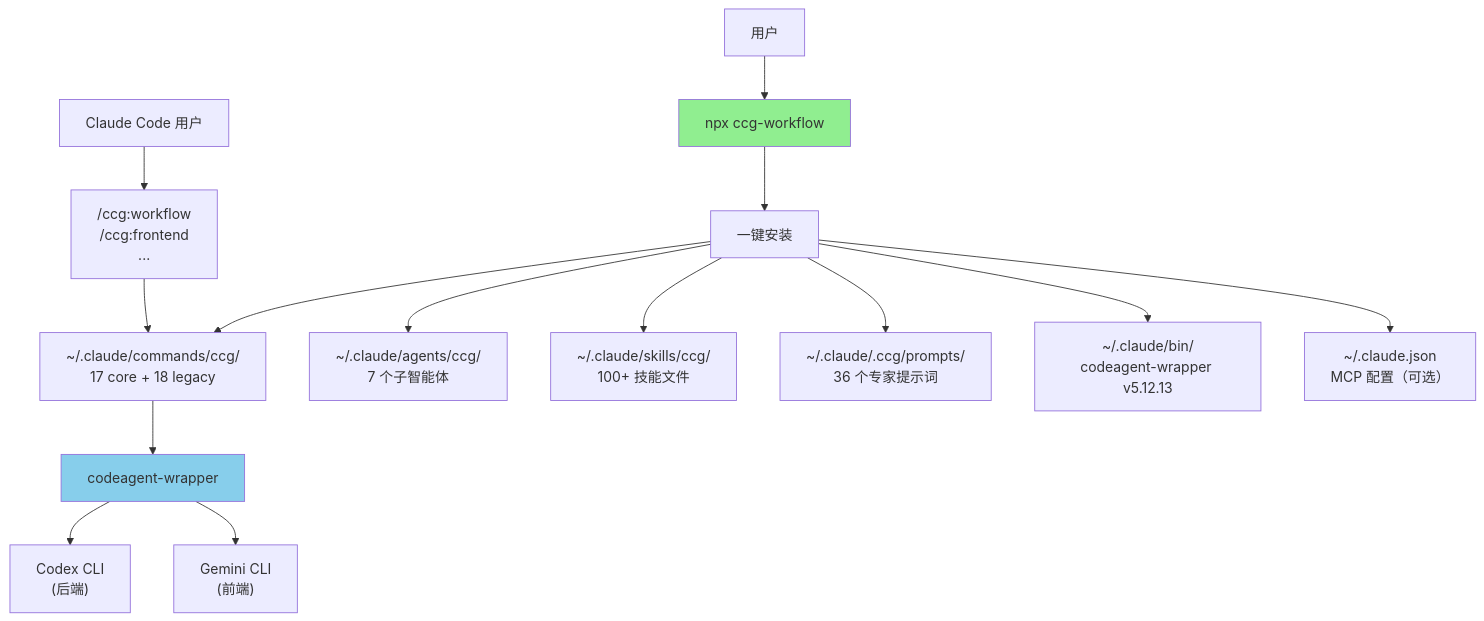
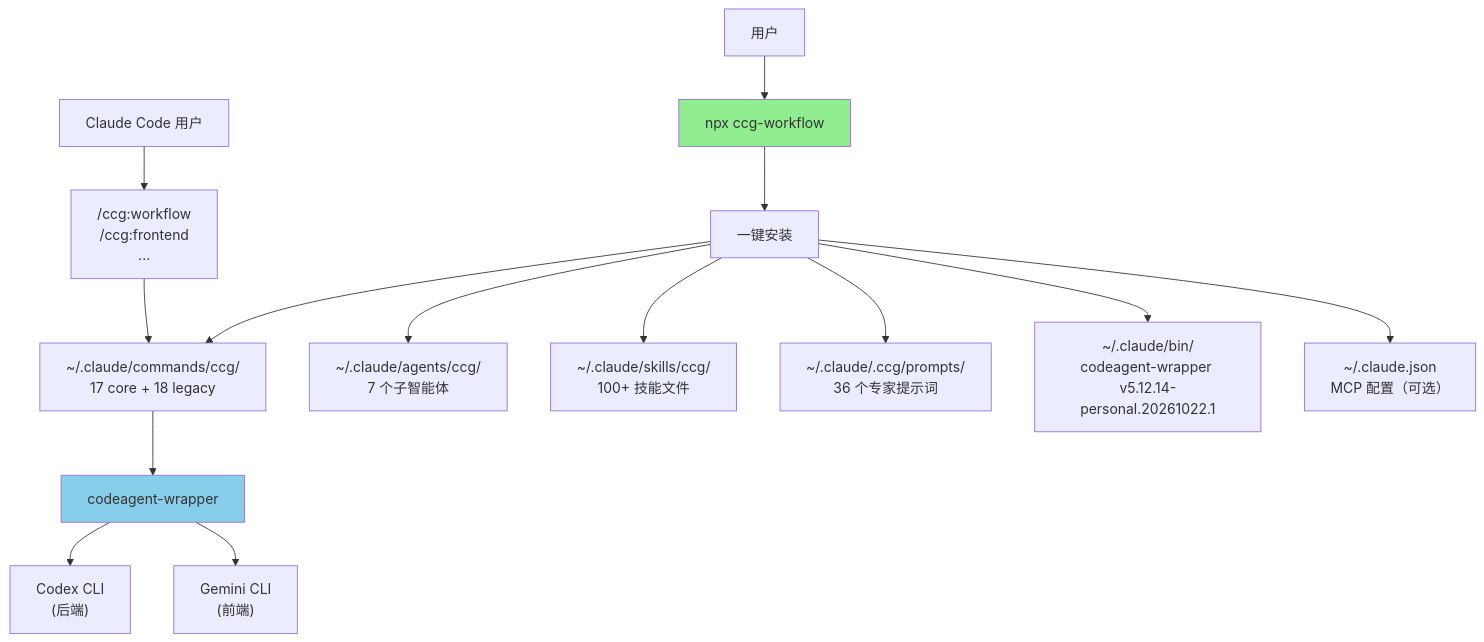
Before and after one commit to jed-zed/ccg-gptpro-worflow: the diagram in CLAUDE.md, drawn with Mermaid. The commit also changed other lines of this file and 3 other files, not shown here.

````diff
--- a/CLAUDE.md
+++ b/CLAUDE.md
@@ -727,22 +735,22 @@
 ```mermaid
 graph TD
     User["用户"] --> CLI["npx ccg-workflow"]
     CLI --> Init["一键安装"]
 
     Init --> Commands["~/.claude/commands/ccg/<br/>17 core + 18 legacy"]
     Init --> Agents["~/.claude/agents/ccg/<br/>7 个子智能体"]
     Init --> Skills["~/.claude/skills/ccg/<br/>100+ 技能文件"]
     Init --> Prompts["~/.claude/.ccg/prompts/<br/>36 个专家提示词"]
-    Init --> Binary["~/.claude/bin/<br/>codeagent-wrapper v5.12.13"]
+    Init --> Binary["~/.claude/bin/<br/>codeagent-wrapper v5.12.14-personal.20261022.1"]
     Init --> MCP["~/.claude.json<br/>MCP 配置（可选）"]
 
     User2["Claude Code 用户"] --> SlashCmd["/ccg:workflow<br/>/ccg:frontend<br/>..."]
     SlashCmd --> Commands
 
     Commands --> Wrapper["codeagent-wrapper"]
     Wrapper --> Codex["Codex CLI<br/>(后端)"]
     Wrapper --> Gemini["Gemini CLI<br/>(前端)"]
 
     style CLI fill:#90EE90
     style Wrapper fill:#87CEEB
 ```
````
